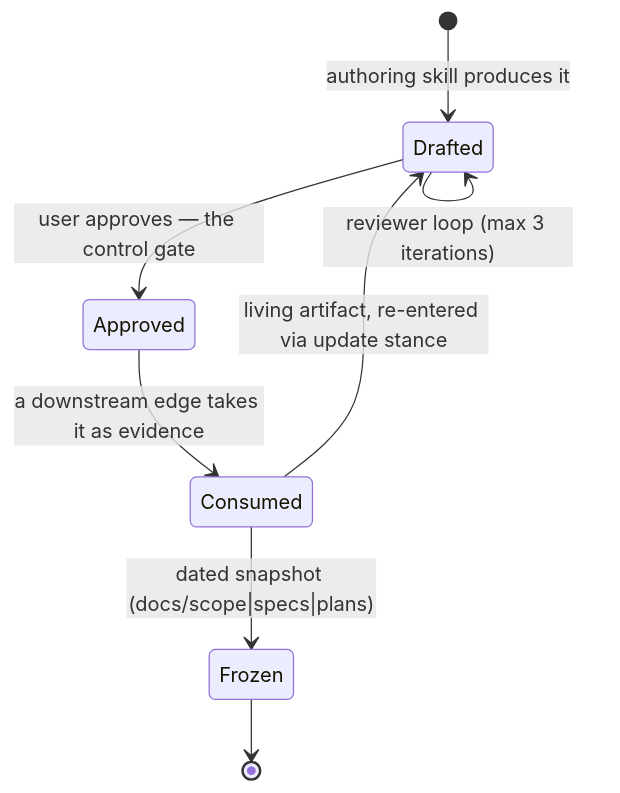
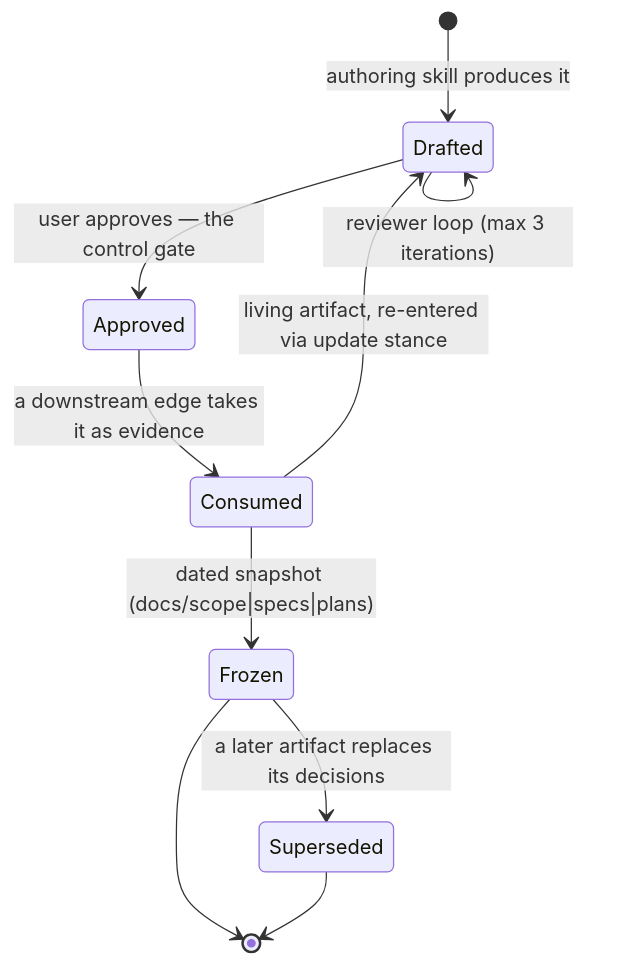
One commit to knotmark-ai/devmuse changed the diagram in CONTEXT.md. Above: the diagram before and after it, drawn with Mermaid. The commit also changed other lines of this file and 7 other files, not shown here.

````diff
--- a/CONTEXT.md
+++ b/CONTEXT.md
@@ -77,10 +77,12 @@
 ```mermaid
 stateDiagram-v2
     [*] --> Drafted: authoring skill produces it
     Drafted --> Drafted: reviewer loop (max 3 iterations)
     Drafted --> Approved: user approves — the control gate
     Approved --> Consumed: a downstream edge takes it as evidence
     Consumed --> Frozen: dated snapshot (docs/scope|specs|plans)
     Consumed --> Drafted: living artifact, re-entered via update stance
+    Frozen --> Superseded: a later artifact replaces its decisions
     Frozen --> [*]
+    Superseded --> [*]
 ```
````
